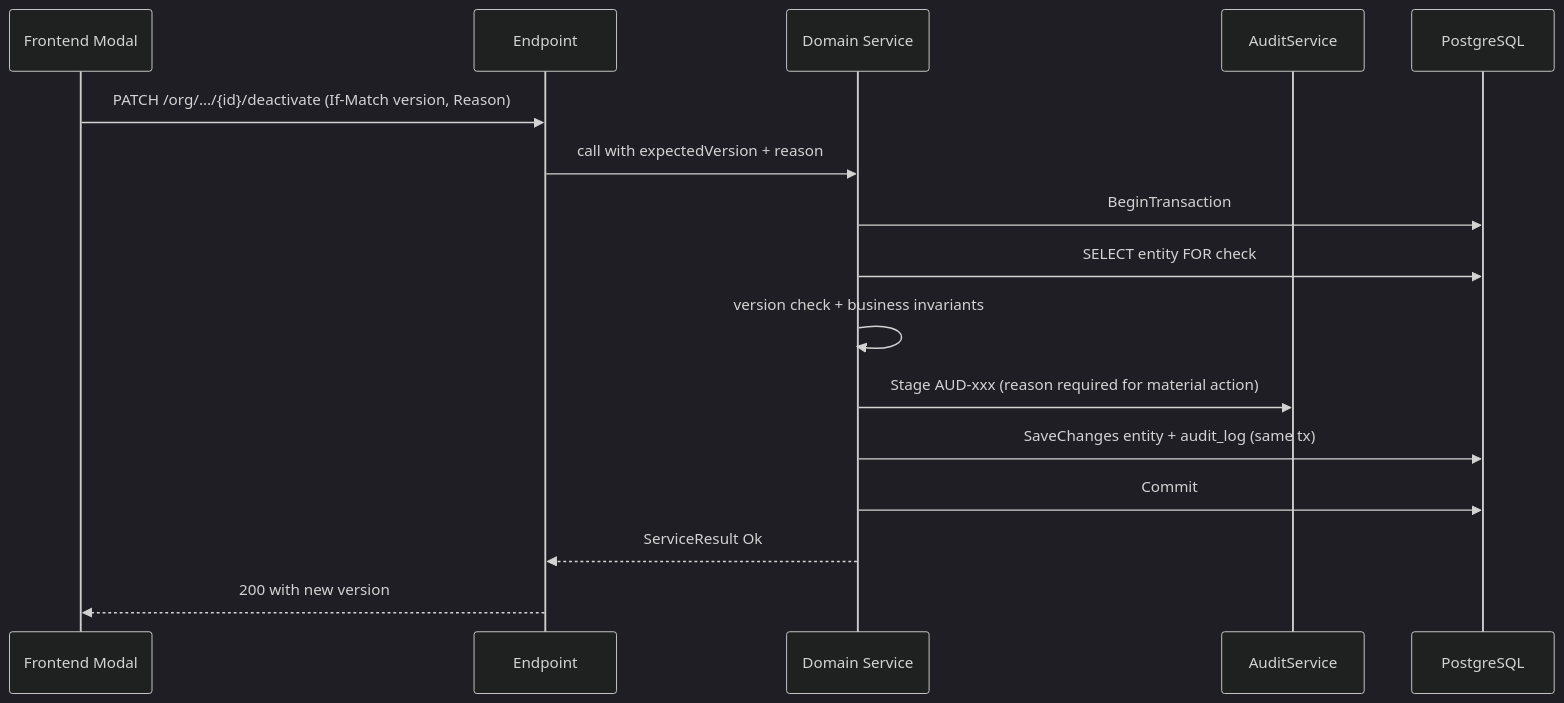
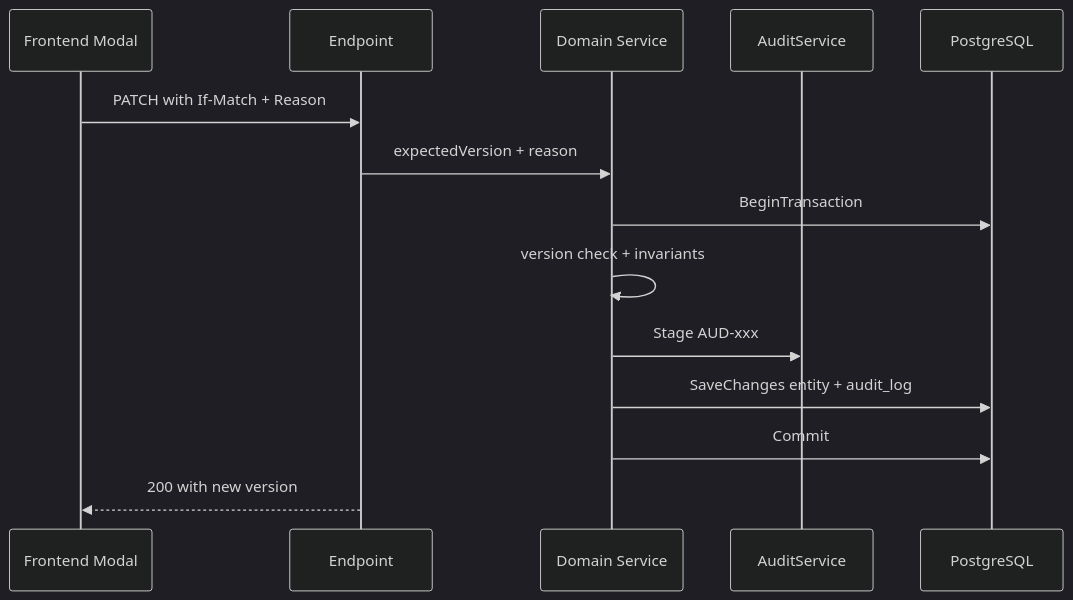
Before and after one commit to bracha0660-debug/family-assistance-management: the fourth of 4 diagrams in docs/architecture.md, drawn with Mermaid (dark theme). The commit also changed other lines of this file and 25 other files, not shown here.

````diff
--- a/docs/architecture.md
+++ b/docs/architecture.md
@@ -140,18 +481,16 @@
 ```mermaid
 sequenceDiagram
   participant UI as Frontend Modal
   participant API as Endpoint
   participant Svc as Domain Service
   participant Audit as AuditService
   participant DB as PostgreSQL
-  UI->>API: PATCH /org/.../{id}/deactivate (If-Match version, Reason)
-  API->>Svc: call with expectedVersion + reason
+  UI->>API: PATCH with If-Match + Reason
+  API->>Svc: expectedVersion + reason
   Svc->>DB: BeginTransaction
-  Svc->>DB: SELECT entity FOR check
-  Svc->>Svc: version check + business invariants
-  Svc->>Audit: Stage AUD-xxx (reason required for material action)
-  Svc->>DB: SaveChanges entity + audit_log (same tx)
+  Svc->>Svc: version check + invariants
+  Svc->>Audit: Stage AUD-xxx
+  Svc->>DB: SaveChanges entity + audit_log
   Svc->>DB: Commit
-  Svc-->>API: ServiceResult Ok
   API-->>UI: 200 with new version
 ```
````
